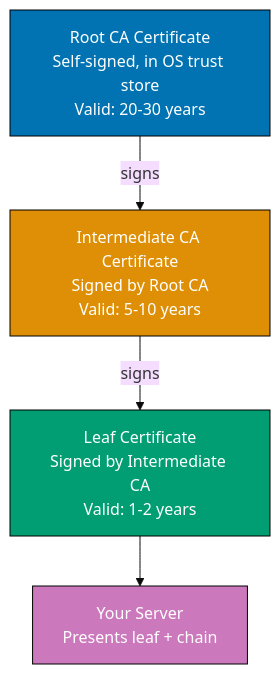
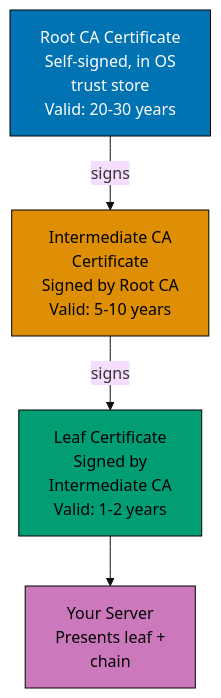
One commit to wahidyankf/ose-public changed the sixth of 10 diagrams in apps/ayokoding-www/content/en/learn/legacy/software-engineering/networking/by-example/intermediate.md. Above: the diagram before and after it, drawn with Mermaid (base theme). The commit also changed other lines of this file and 78 other files, not shown here.

First line of the commit message:
fix(mermaid): bring the remaining legacy software-engineering diagrams onto the accessible palette

````diff
--- a/apps/ayokoding-www/content/en/learn/legacy/software-engineering/networking/by-example/intermediate.md
+++ b/apps/ayokoding-www/content/en/learn/legacy/software-engineering/networking/by-example/intermediate.md
@@ -1011,17 +1034,24 @@
 ```mermaid
 %% Color Palette: Blue #0173B2, Orange #DE8F05, Teal #029E73, Purple #CC78BC, Brown #CA9161
 graph TD
-    A["Root CA Certificate<br/>Self-signed, in OS trust store<br/>Valid: 20-30 years"]
-    B["Intermediate CA Certificate<br/>Signed by Root CA<br/>Valid: 5-10 years"]
-    C["Leaf Certificate<br/>Signed by Intermediate CA<br/>Valid: 1-2 years"]
-    D["Your Server<br/>Presents leaf + chain"]
+    accTitle: Example 39: TLS Certificates — Chain of Trust
+    accDescr: Graph with 4 nodes and 3 connections. Nodes: Root CA Certificate Self-signed, in OS trust store Valid: 20-30 years, Intermediate CA Certificate Signed by Root CA Valid: 5-10 years, Leaf Certificate Signed by Intermediate CA Valid: 1-2 years, Your Server Presents leaf + chain. Connections: Root CA Certificate Self-signed, in OS trust store Valid: 20-30 years to Intermediate CA Certificate Signed by Root CA Valid: 5-10 years (signs), Intermediate CA Certificate Signed by Root CA Valid: 5-10 years to Leaf Certificate Signed by Intermediate CA Valid: 1-2 years (signs), Leaf Certificate Signed by Intermediate CA Valid: 1-2 years to Your Server Presents leaf + chain.
+    A["Root CA Certificate<br/>Self-signed, in OS<br/>trust store<br/>Valid: 20-30 years"]
+    B["Intermediate CA<br/>Certificate<br/>Signed by Root CA<br/>Valid: 5-10 years"]
+    C["Leaf Certificate<br/>Signed by<br/>Intermediate CA<br/>Valid: 1-2 years"]
+    D["Your Server<br/>Presents leaf +<br/>chain"]
 
     A -->|signs| B
     B -->|signs| C
     C --> D
 
-    style A fill:#0173B2,stroke:#000,color:#fff
-    style B fill:#DE8F05,stroke:#000,color:#fff
-    style C fill:#029E73,stroke:#000,color:#fff
-    style D fill:#CC78BC,stroke:#000,color:#fff
+    classDef pal-0173B2 fill:#0173B2,stroke:#000000,color:#FFFFFF
+    class A pal-0173B2
+    classDef pal-DE8F05 fill:#DE8F05,stroke:#000000,color:#000000
+    class B pal-DE8F05
+    classDef pal-029E73 fill:#029E73,stroke:#000000,color:#000000
+    class C pal-029E73
+    classDef pal-CC78BC fill:#CC78BC,stroke:#000000,color:#000000
+    class D pal-CC78BC
+    classDef default fill:#FFFFFF,stroke:#000000,color:#000000
 ```
````
